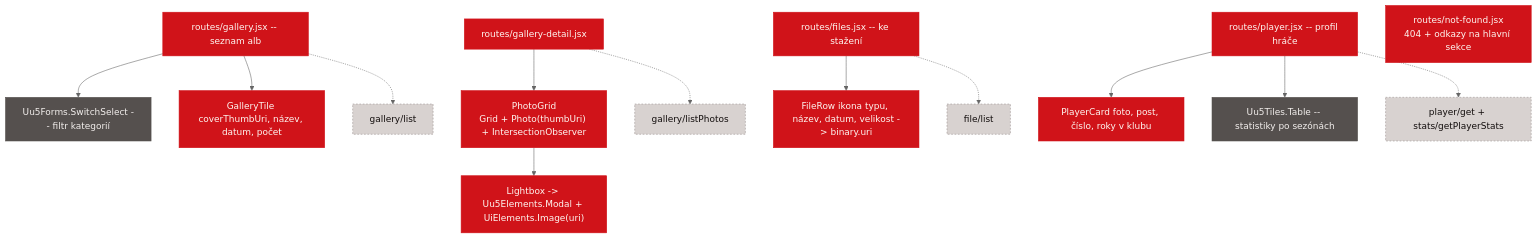
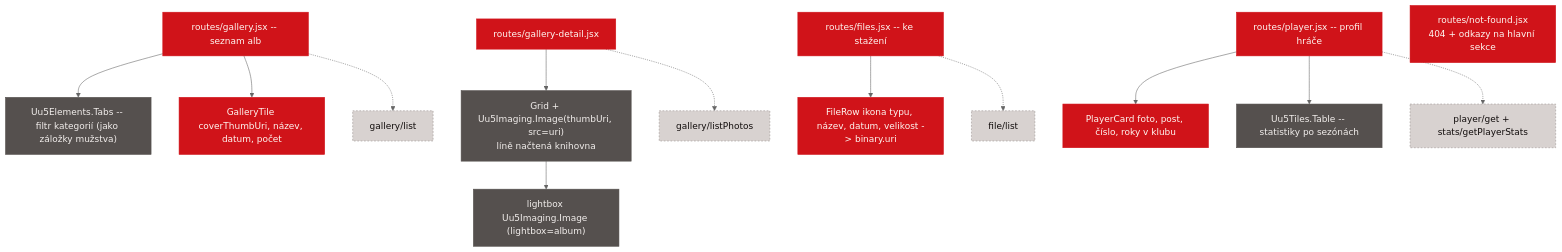
The ninth of 10 diagrams in design/component-tree.md (capo00/afkbratcice), drawn with Mermaid (neutral theme) before and after one commit. The commit also changed other lines of this file and 17 other files, not shown here.

````diff
--- a/design/component-tree.md
+++ b/design/component-tree.md
@@ -422,37 +422,37 @@
 ```mermaid
 flowchart TD
   gl["routes/gallery.jsx -- seznam alb"]:::own
-  chips["Uu5Forms.SwitchSelect -- filtr kategorií"]:::uu5
+  chips["Uu5Elements.Tabs -- filtr kategorií (jako záložky mužstva)"]:::uu5
   gtile["GalleryTile coverThumbUri, název, datum, počet"]:::own
 
   gd["routes/gallery-detail.jsx"]:::own
-  pgrid["PhotoGrid<br/>Grid + Photo(thumbUri) + IntersectionObserver"]:::own
-  lb["Lightbox -> Uu5Elements.Modal + UiElements.Image(uri)"]:::own
+  pgrid["Grid + Uu5Imaging.Image(thumbUri, src=uri)<br/>líně načtená knihovna"]:::uu5
+  lb["lightbox Uu5Imaging.Image (lightbox=album)"]:::uu5
 
   files["routes/files.jsx -- ke stažení"]:::own
   frow["FileRow ikona typu, název, datum, velikost -> binary.uri"]:::own
 
   pl["routes/player.jsx -- profil hráče"]:::own
   pcard["PlayerCard foto, post, číslo, roky v klubu"]:::own
   ptab["Uu5Tiles.Table -- statistiky po sezónách"]:::uu5
 
   nf["routes/not-found.jsx<br/>404 + odkazy na hlavní sekce"]:::own
 
   d1["gallery/list"]:::data
   d2["gallery/listPhotos"]:::data
   d3["file/list"]:::data
   d4["player/get + stats/getPlayerStats"]:::data
 
   gl --> chips & gtile
   gl -.-> d1
   gd --> pgrid --> lb
   gd -.-> d2
   files --> frow
   files -.-> d3
   pl --> pcard & ptab
   pl -.-> d4
 
   classDef own fill:#D01319,color:#FEF7F2,stroke:#D01319
   classDef uu5 fill:#55504E,color:#F3EFED,stroke:#55504E
   classDef data fill:#D8D2D0,color:#120D0C,stroke:#99908E,stroke-dasharray:3 3
 ```
````
